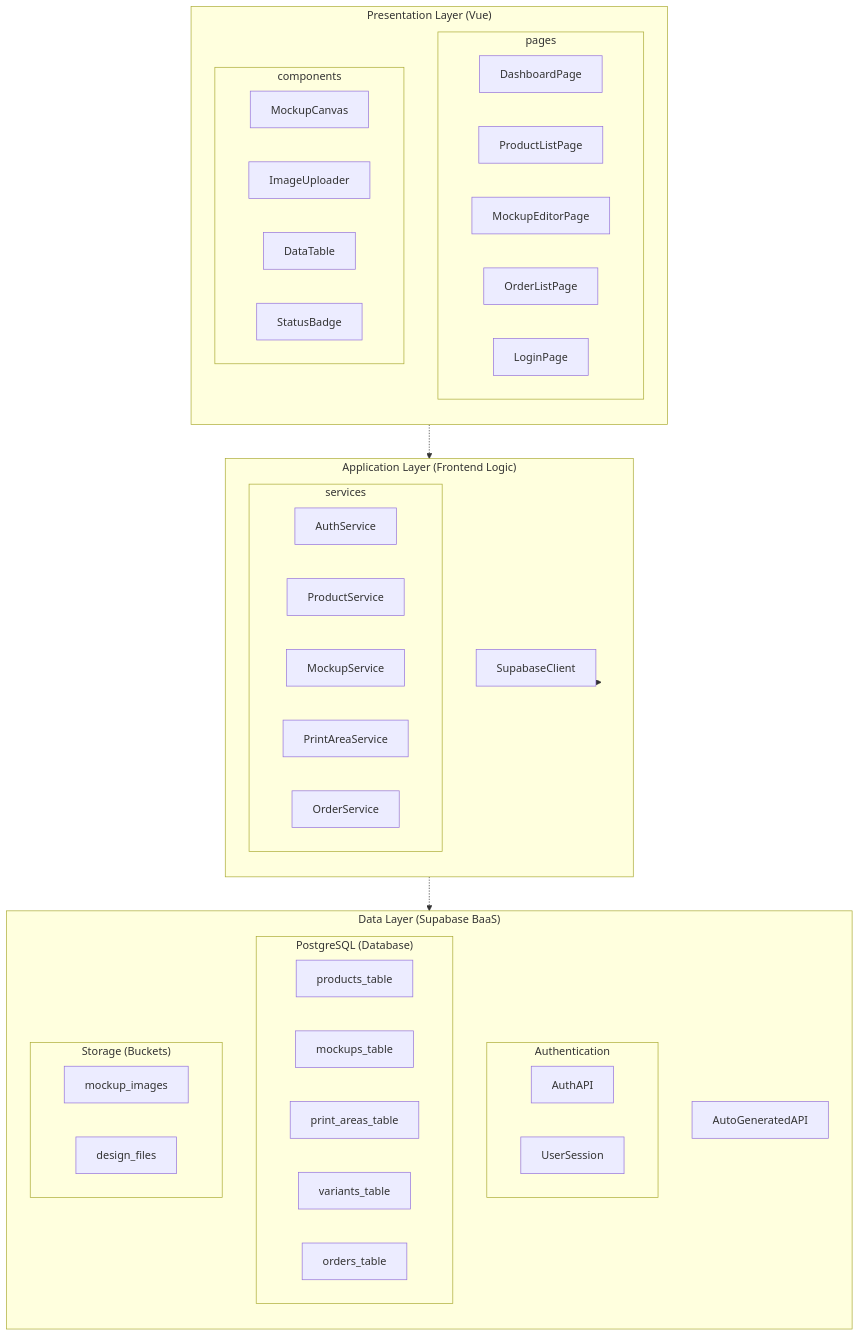
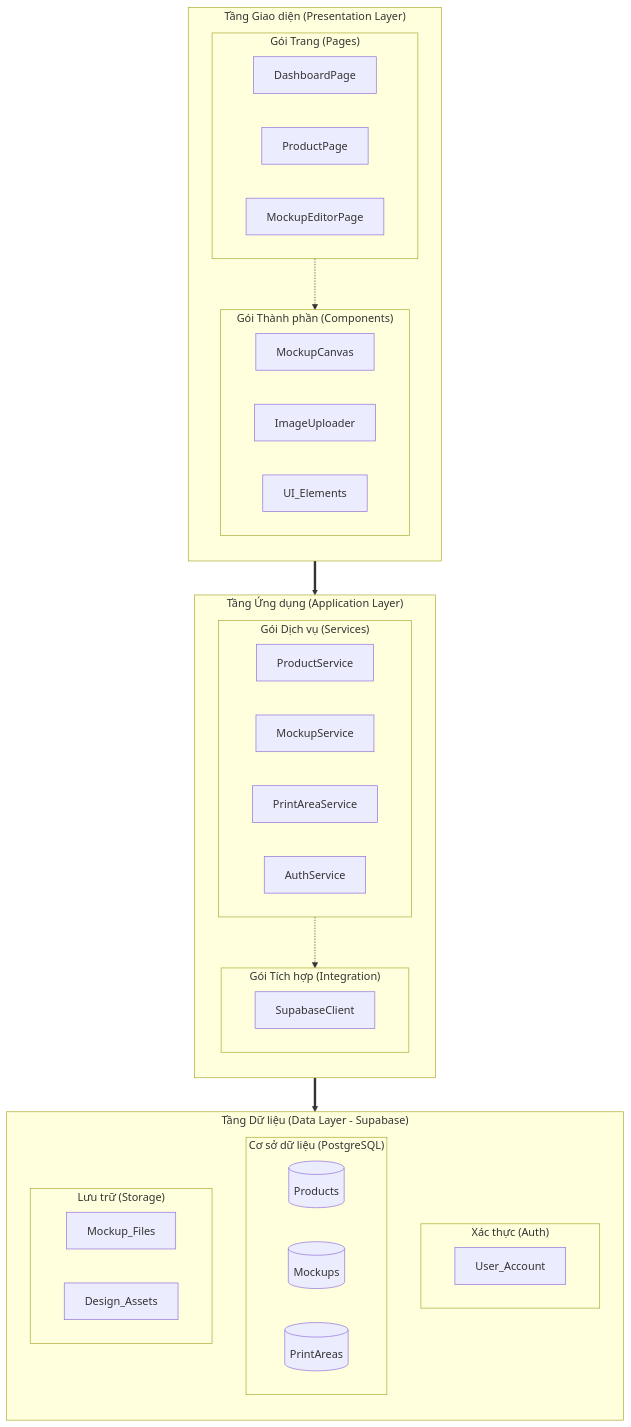
Before and after one commit to yennh712/project-2: the diagram in package-diagram.md, drawn with Mermaid.

Commit message:
Refactor package diagram for clarity and structure

````diff
--- a/package-diagram.md
+++ b/package-diagram.md
@@ -1,59 +1,59 @@
 ```mermaid
 flowchart TB
-    %% Tầng Presentation
-    subgraph Presentation ["Presentation Layer (Vue)"]
+    %% Tầng Presentation - Chỉ chứa logic hiển thị
+    subgraph PresentationLayer ["Tầng Giao diện (Presentation Layer)"]
         direction TB
-        subgraph pages ["pages"]
-            DashboardPage
-            ProductListPage
-            MockupEditorPage
-            OrderListPage
-            LoginPage
+        subgraph ViewPages ["Gói Trang (Pages)"]
+            direction LR
+            P1[DashboardPage]
+            P2[ProductPage]
+            P3[MockupEditorPage]
         end
-        subgraph components ["components"]
-            MockupCanvas
-            ImageUploader
-            DataTable
-            StatusBadge
+        subgraph ViewComponents ["Gói Thành phần (Components)"]
+            direction LR
+            C1[MockupCanvas]
+            C2[ImageUploader]
+            C3[UI_Elements]
+        end
+        ViewPages -.-> ViewComponents
+    end
+
+    %% Tầng Application - Chứa logic nghiệp vụ điều phối
+    subgraph ApplicationLayer ["Tầng Ứng dụng (Application Layer)"]
+        direction TB
+        subgraph BusinessServices ["Gói Dịch vụ (Services)"]
+            direction LR
+            S1[ProductService]
+            S2[MockupService]
+            S3[PrintAreaService]
+            S4[AuthService]
+        end
+        subgraph Integration ["Gói Tích hợp (Integration)"]
+            Client[SupabaseClient]
+        end
+        BusinessServices -.-> Integration
+    end
+
+    %% Tầng Data - Quản lý lưu trữ và dữ liệu gốc
+    subgraph DataLayer ["Tầng Dữ liệu (Data Layer - Supabase)"]
+        direction TB
+        subgraph AuthData ["Xác thực (Auth)"]
+            UserTable[User_Account]
+        end
+        subgraph DBData ["Cơ sở dữ liệu (PostgreSQL)"]
+            direction LR
+            T1[(Products)]
+            T2[(Mockups)]
+            T3[(PrintAreas)]
+        end
+        subgraph StorageData ["Lưu trữ (Storage)"]
+            direction LR
+            B1[Mockup_Files]
+            B2[Design_Assets]
         end
     end
 
-    %% Tầng Application
-    subgraph Application ["Application Layer (Frontend Logic)"]
-        direction TB
-        subgraph services ["services"]
-            AuthService
-            ProductService
-            MockupService
-            PrintAreaService
-            OrderService
-        end
-        SupabaseClient
-    end
-
-    %% Tầng Data
-    subgraph Data ["Data Layer (Supabase BaaS)"]
-        direction TB
-        subgraph Authentication ["Authentication"]
-            AuthAPI
-            UserSession
-        end
-        subgraph Database ["PostgreSQL (Database)"]
-            products_table
-            mockups_table
-            print_areas_table
-            variants_table
-            orders_table
-        end
-        subgraph Storage ["Storage (Buckets)"]
-            mockup_images
-            design_files
-        end
-        AutoGeneratedAPI
-    end
-
-    %% Các mối quan hệ phụ thuộc (Mũi tên đứt nét đại diện cho Dependency trong UML)
-    Presentation -.-> Application
-    Application -.-> SupabaseClient
-    SupabaseClient -.-> Data
+    %% Các mối quan hệ phụ thuộc tuân thủ quy tắc thiết kế
+    PresentationLayer ==> ApplicationLayer
+    ApplicationLayer ==> DataLayer
 ```
````
